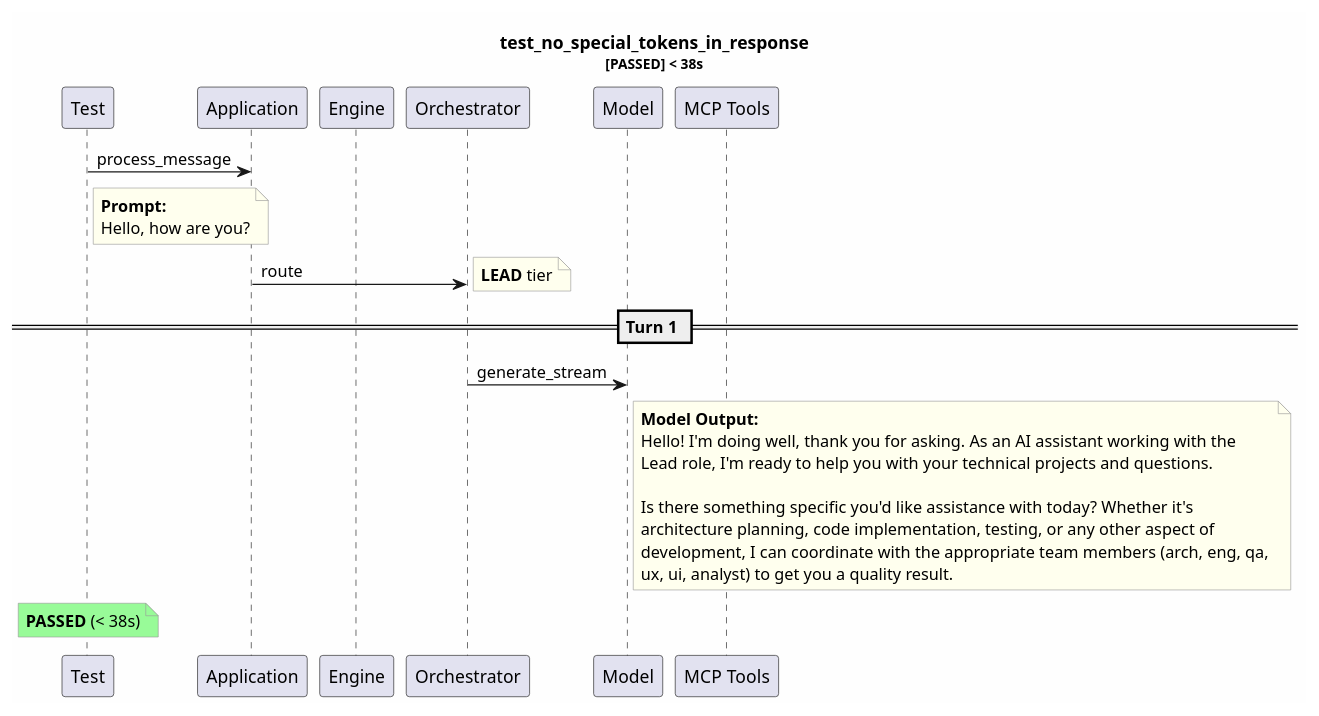
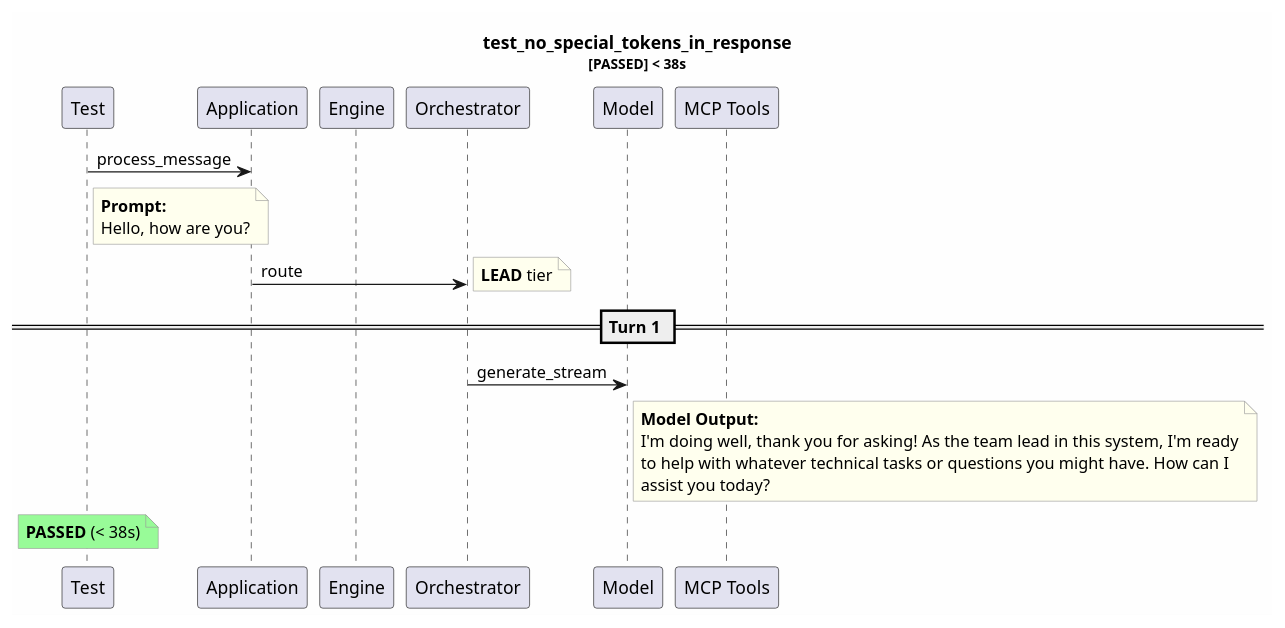
The diagram in test-reports/logs/test_no_special_tokens_in_response/test_no_special_tokens_in_response.puml (tvanfossen/entropic), drawn with PlantUML before and after one commit. The commit also changed 12 other files, not shown here.

```diff
--- a/test-reports/logs/test_no_special_tokens_in_response/test_no_special_tokens_in_response.puml
+++ b/test-reports/logs/test_no_special_tokens_in_response/test_no_special_tokens_in_response.puml
@@ -1,37 +1,33 @@
 @startuml
 skinparam backgroundColor #FEFEFE
 skinparam noteBorderColor #999999
 skinparam noteBackgroundColor #FFFFEE
 title test_no_special_tokens_in_response\n<size:11>[PASSED] < 38s</size>
 
 participant "Test" as T
 participant "Application" as App
 participant "Engine" as Eng
 participant "Orchestrator" as Orch
 participant "Model" as Mdl
 participant "MCP Tools" as MCP
 
 T -> App: process_message
 note right of T
   **Prompt:**
   Hello, how are you?
 end note
 App -> Orch: route
 note right: **LEAD** tier
 == Turn 1 ==
 Orch -> Mdl: generate_stream
 note right of Mdl
   **Model Output:**
-  Hello! I'm doing well, thank you for asking. As an AI assistant working with the
-  Lead role, I'm ready to help you with your technical projects and questions.
-  
-  Is there something specific you'd like assistance with today? Whether it's 
-  architecture planning, code implementation, testing, or any other aspect of 
-  development, I can coordinate with the appropriate team members (arch, eng, qa, 
-  ux, ui, analyst) to get you a quality result.
+  I'm doing well, thank you for asking! As the team lead in this system, I'm ready
+  to help with whatever technical tasks or questions you might have. How can I 
+  assist you today?
 end note
 note over T #palegreen
   **PASSED** (< 38s)
 end note
 
 @enduml
```
